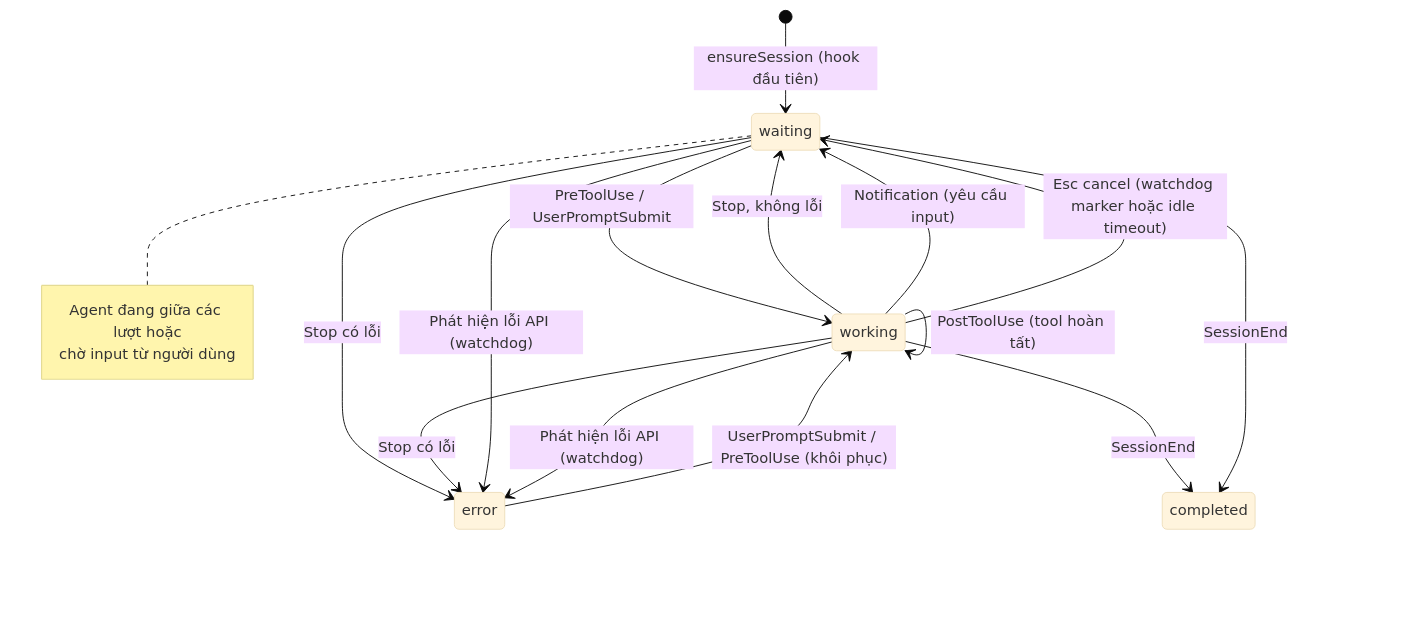
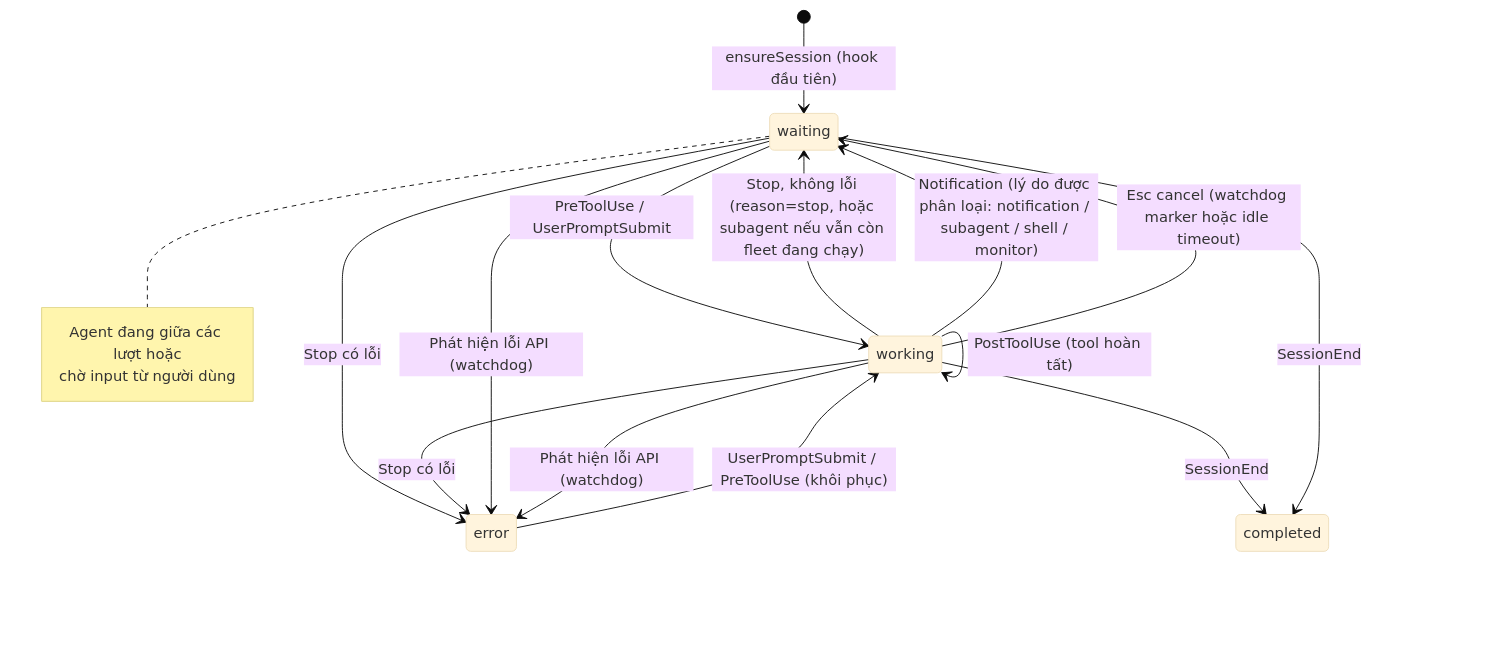
The fourth of 25 diagrams in README-VN.md (hoangsonww/Claude-Code-Agent-Monitor), drawn with Mermaid (base theme) before and after one commit. The commit also changed other lines of this file and 28 other files, not shown here.

First line of the commit message:
feat(status): distinguish subagent/shell/monitor as active-work awaiting reasons

````diff
--- a/README-VN.md
+++ b/README-VN.md
@@ -538,21 +538,21 @@
 ```mermaid
 stateDiagram-v2
     [*] --> waiting: ensureSession (hook đầu tiên)
     waiting --> working: PreToolUse / UserPromptSubmit
     working --> working: PostToolUse (tool hoàn tất)
-    working --> waiting: Stop, không lỗi
-    working --> waiting: Notification (yêu cầu input)
+    working --> waiting: Stop, không lỗi (reason=stop, hoặc subagent nếu vẫn còn fleet đang chạy)
+    working --> waiting: Notification (lý do được phân loại: notification / subagent / shell / monitor)
     working --> waiting: Esc cancel (watchdog marker hoặc idle timeout)
     waiting --> error: Stop có lỗi
     working --> error: Stop có lỗi
     waiting --> error: Phát hiện lỗi API (watchdog)
     working --> error: Phát hiện lỗi API (watchdog)
     error --> working: UserPromptSubmit / PreToolUse (khôi phục)
     working --> completed: SessionEnd
     waiting --> completed: SessionEnd
 
     note right of waiting
         Agent đang giữa các lượt hoặc
         chờ input từ người dùng
     end note
 ```
````
